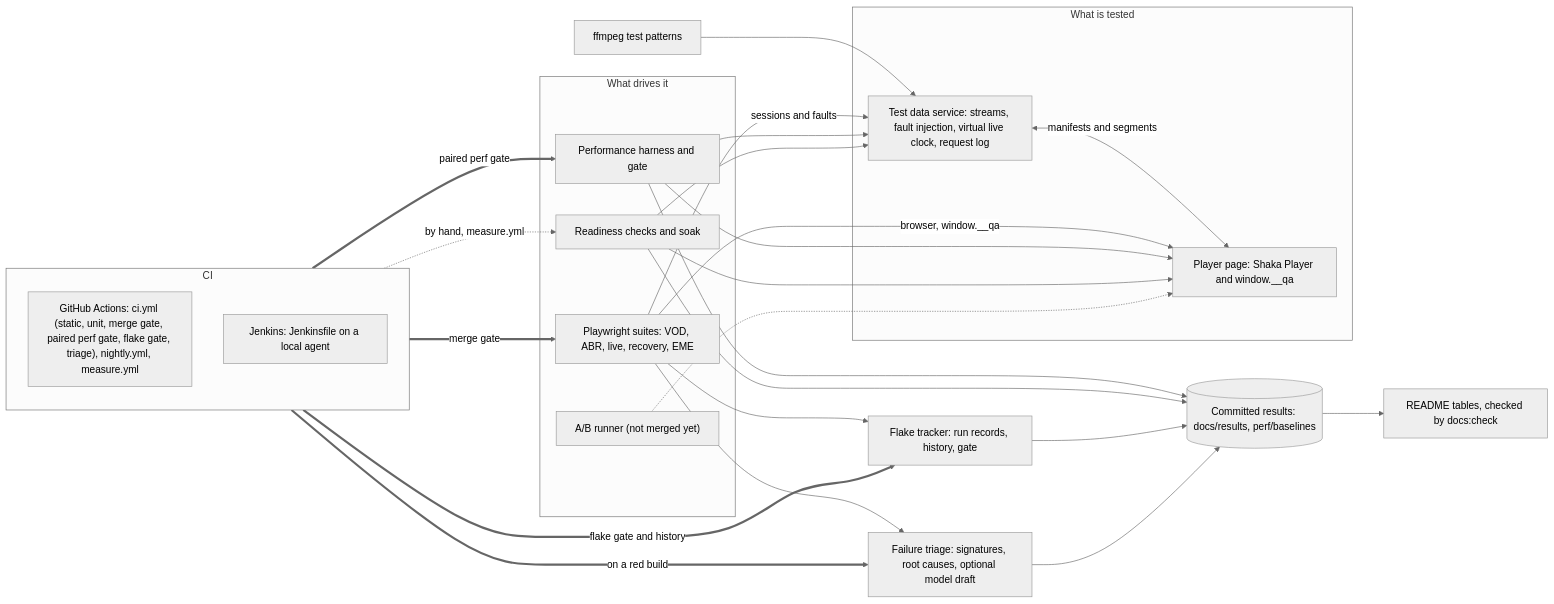
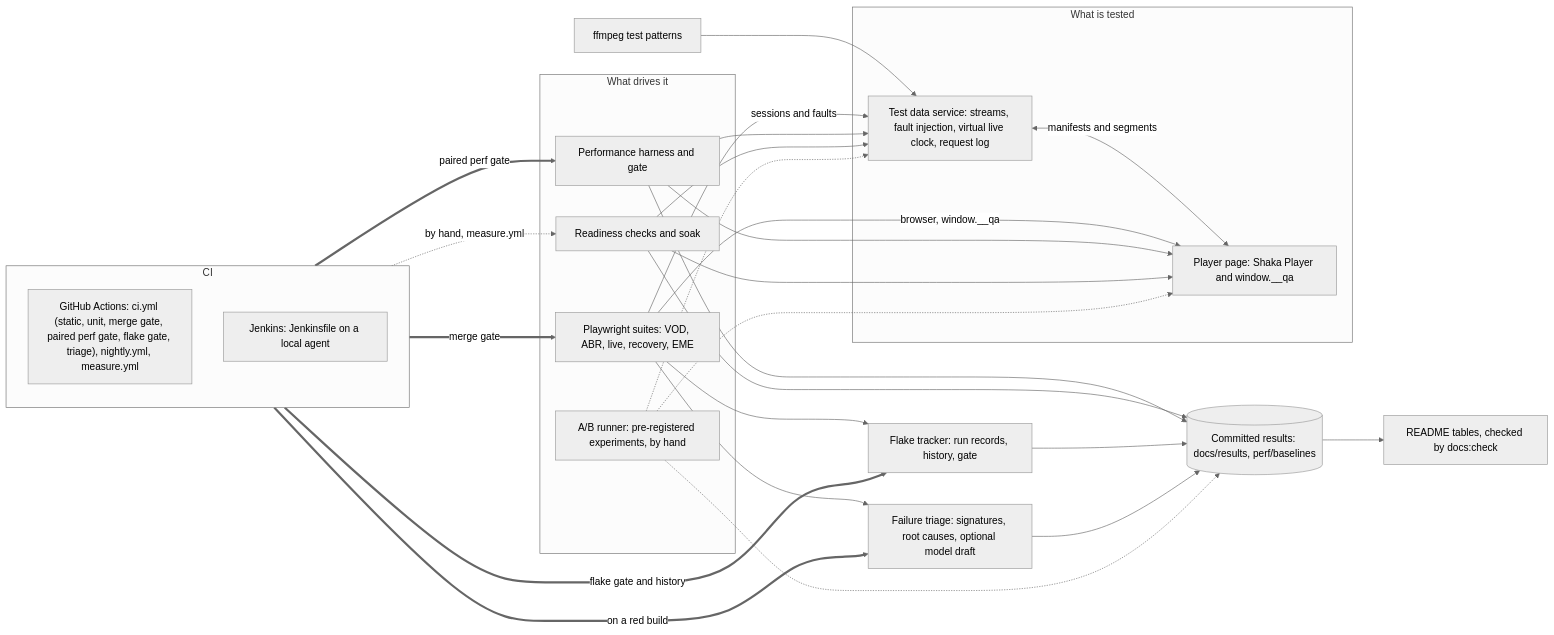
One commit to hanniavalera/playback-proof changed the diagram in README.md. Above: the diagram before and after it, drawn with Mermaid (neutral theme). The commit also changed other lines of this file and 7 other files, not shown here.

````diff
--- a/README.md
+++ b/README.md
@@ -34,38 +34,40 @@
 ```mermaid
 flowchart LR
   ffmpeg["ffmpeg test patterns"] --> svc
   subgraph target["What is tested"]
     svc["Test data service: streams, fault injection, virtual live clock, request log"]
     page["Player page: Shaka Player and window.__qa"]
     svc <-->|"manifests and segments"| page
   end
   subgraph drivers["What drives it"]
     pw["Playwright suites: VOD, ABR, live, recovery, EME"]
     perf["Performance harness and gate"]
     rdy["Readiness checks and soak"]
-    ab["A/B runner (not merged yet)"]
+    ab["A/B runner: pre-registered experiments, by hand"]
   end
   pw -->|"browser, window.__qa"| page
   pw -->|"sessions and faults"| svc
   perf --> page
   perf --> svc
   rdy --> page
   rdy --> svc
   ab -.-> page
+  ab -.-> svc
   pw --> flake["Flake tracker: run records, history, gate"]
   pw --> triage["Failure triage: signatures, root causes, optional model draft"]
   perf --> results[("Committed results: docs/results, perf/baselines")]
   rdy --> results
   flake --> results
   triage --> results
+  ab -.-> results
   results --> readme["README tables, checked by docs:check"]
   subgraph ci["CI"]
     gha["GitHub Actions: ci.yml (static, unit, merge gate, paired perf gate, flake gate, triage), nightly.yml, measure.yml"]
     jenkins["Jenkins: Jenkinsfile on a local agent"]
   end
   ci ==>|"merge gate"| pw
   ci ==>|"flake gate and history"| flake
   ci ==>|"on a red build"| triage
   ci ==>|"paired perf gate"| perf
   ci -.->|"by hand, measure.yml"| rdy
 ```
````
